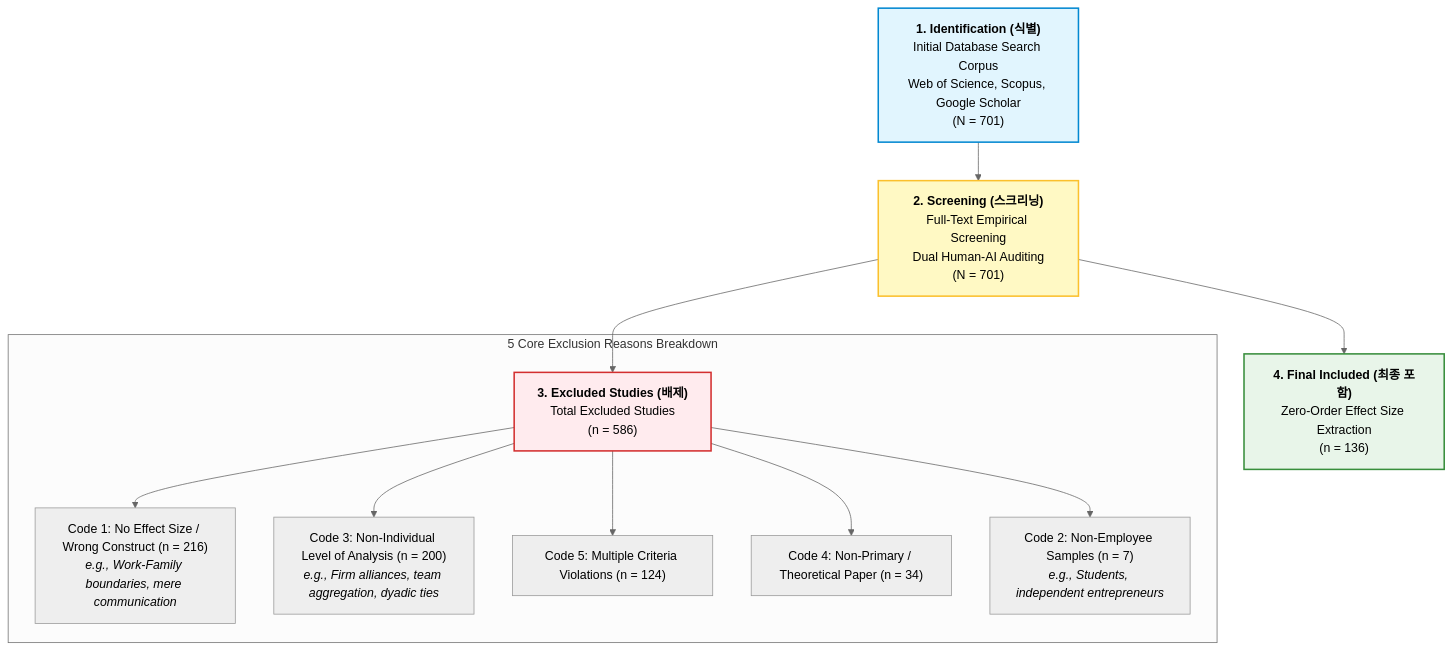
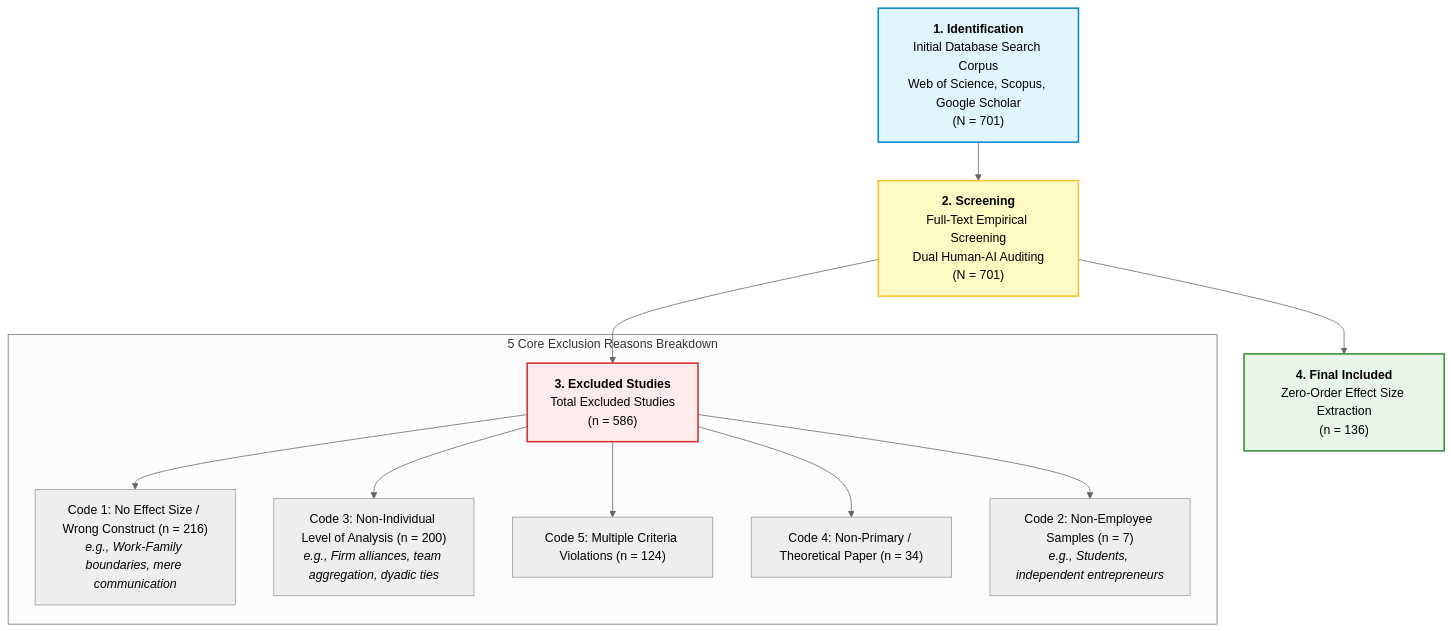
Before and after one commit to canadaofbin-netizen/BSMA-antigravity-: the diagram in README.md, drawn with Mermaid (neutral theme). The commit also changed other lines of this file and 1 other file, not shown here.

Commit message:
docs: remove section 4 AI orchestration from README and convert all remaining Korean text to English

````diff
--- a/README.md
+++ b/README.md
@@ -41,19 +41,19 @@
 ```mermaid
 graph TD
-    A["<b>1. Identification (식별)</b><br>Initial Database Search Corpus<br>Web of Science, Scopus, Google Scholar<br>(N = 701)"] --> B["<b>2. Screening (스크리닝)</b><br>Full-Text Empirical Screening<br>Dual Human-AI Auditing<br>(N = 701)"]
-    B --> C["<b>3. Excluded Studies (배제)</b><br>Total Excluded Studies<br>(n = 586)"]
-    B --> D["<b>4. Final Included (최종 포함)</b><br>Zero-Order Effect Size Extraction<br>(n = 136)"]
+    A["<b>1. Identification</b><br>Initial Database Search Corpus<br>Web of Science, Scopus, Google Scholar<br>(N = 701)"] --> B["<b>2. Screening</b><br>Full-Text Empirical Screening<br>Dual Human-AI Auditing<br>(N = 701)"]
+    B --> C["<b>3. Excluded Studies</b><br>Total Excluded Studies<br>(n = 586)"]
+    B --> D["<b>4. Final Included</b><br>Zero-Order Effect Size Extraction<br>(n = 136)"]
 
     subgraph "5 Core Exclusion Reasons Breakdown"
     C --> C1["Code 1: No Effect Size / Wrong Construct (n = 216)<br><i>e.g., Work-Family boundaries, mere communication</i>"]
     C --> C2["Code 3: Non-Individual Level of Analysis (n = 200)<br><i>e.g., Firm alliances, team aggregation, dyadic ties</i>"]
     C --> C3["Code 5: Multiple Criteria Violations (n = 124)"]
     C --> C4["Code 4: Non-Primary / Theoretical Paper (n = 34)"]
     C --> C5["Code 2: Non-Employee Samples (n = 7)<br><i>e.g., Students, independent entrepreneurs</i>"]
     end
 
     style A fill:#e1f5fe,stroke:#0288d1,stroke-width:2px
     style B fill:#fff9c4,stroke:#fbc02d,stroke-width:2px
     style D fill:#e8f5e9,stroke:#388e3c,stroke-width:2px
     style C fill:#ffebee,stroke:#d32f2f,stroke-width:2px
 ```
````
